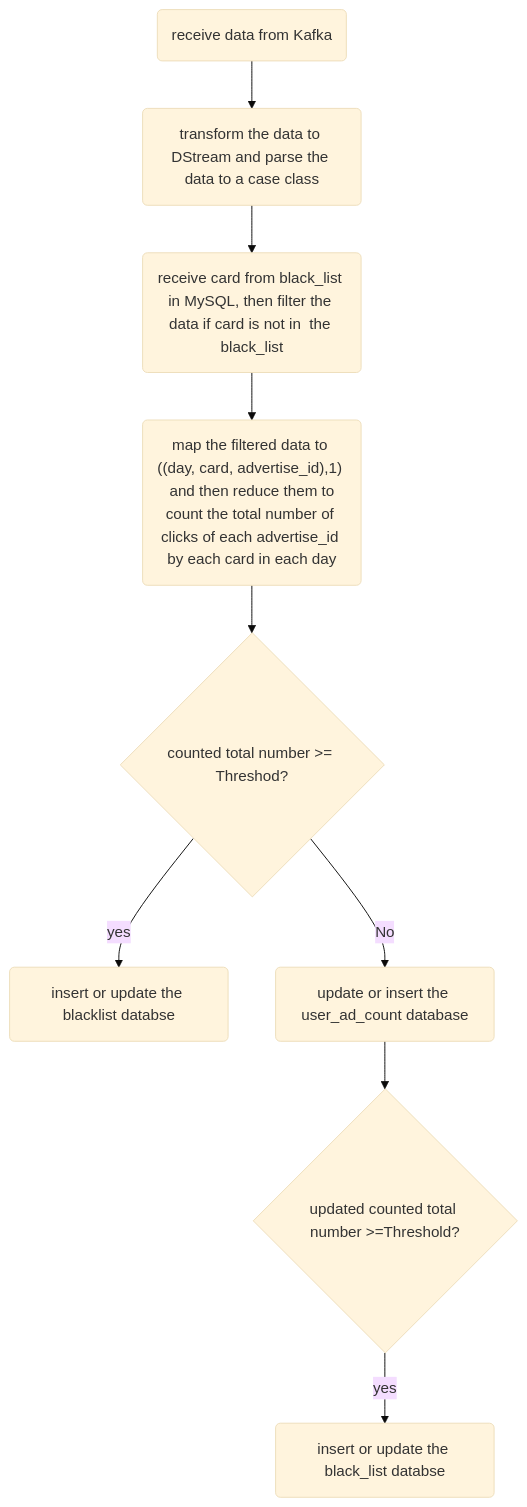
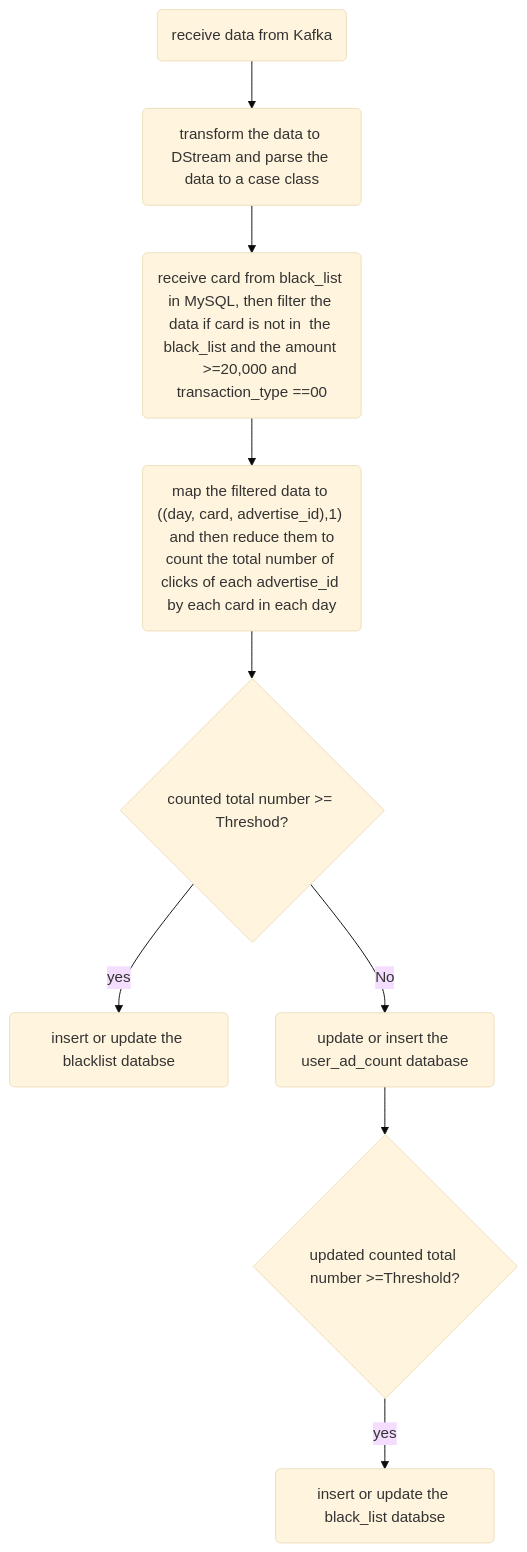
Before and after one commit to abcgz133/spark_project: the diagram in Transactions_Real_Time_Risk_Monitoring_and_processing/Readme.md, drawn with Mermaid (base theme). The commit also changed other lines of this file and 1 other file, not shown here.

````diff
--- a/Transactions_Real_Time_Risk_Monitoring_and_processing/Readme.md
+++ b/Transactions_Real_Time_Risk_Monitoring_and_processing/Readme.md
@@ -17,10 +17,10 @@
 ```mermaid
 flowchart TB
-    A(receive data from Kafka) -->B(transform the data to DStream and parse the data to a case class) --> C(receive card from black_list in MySQL, then filter the data if card is not in  the black_list) --> D("map the filtered data to ((day, card, advertise_id),1)  and then reduce them to count the total number of clicks of each advertise_id by each card in each day")
+    A(receive data from Kafka) -->B(transform the data to DStream and parse the data to a case class) --> C(receive card from black_list in MySQL, then filter the data if card is not in  the black_list and the amount >=20,000 and transaction_type ==00) --> D("map the filtered data to ((day, card, advertise_id),1)  and then reduce them to count the total number of clicks of each advertise_id by each card in each day")
     D --> E{"counted total number >= Threshod? "}
     E -->|yes|F(insert or update the blacklist databse)
     E -->|No|G(update or insert the user_ad_count database)
     G --> H{"updated counted total number >=Threshold? "}
     H -->|yes|I(insert or update the black_list databse)
    
 ```
````
